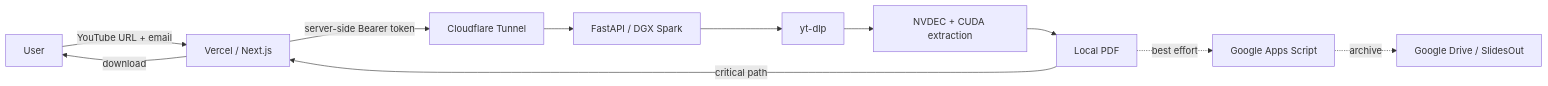
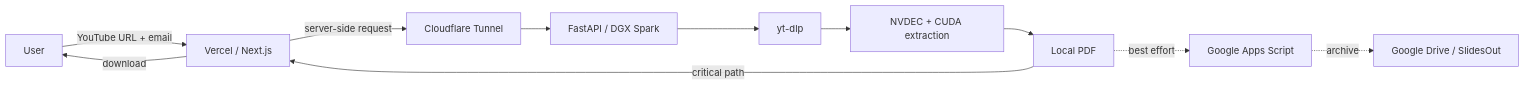
The first of 2 diagrams in README.md (LuisAlbertoMunozUbando/Vision-From-Youtube), drawn with Mermaid before and after one commit. The commit also changed other lines of this file, not shown here.

````diff
--- a/README.md
+++ b/README.md
@@ -37,13 +37,13 @@
 ```mermaid
 flowchart LR
     U[User] -->|YouTube URL + email| V[Vercel / Next.js]
-    V -->|server-side Bearer token| C[Cloudflare Tunnel]
+    V -->|server-side request| C[Cloudflare Tunnel]
     C --> S[FastAPI / DGX Spark]
     S --> Y[yt-dlp]
     Y --> G[NVDEC + CUDA extraction]
     G --> P[Local PDF]
     P -->|critical path| V
     V -->|download| U
     P -. best effort .-> A[Google Apps Script]
     A -. archive .-> D[Google Drive / SlidesOut]
 ```
````
